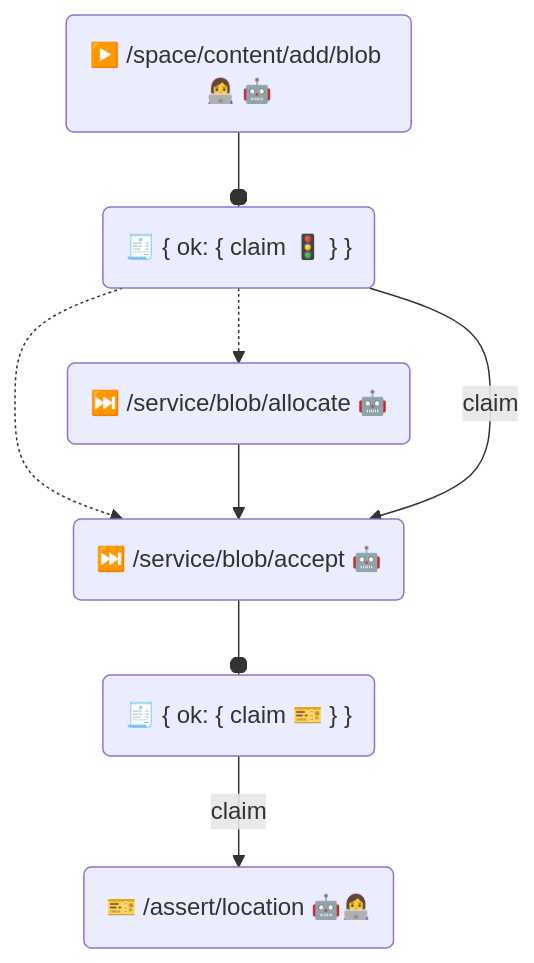
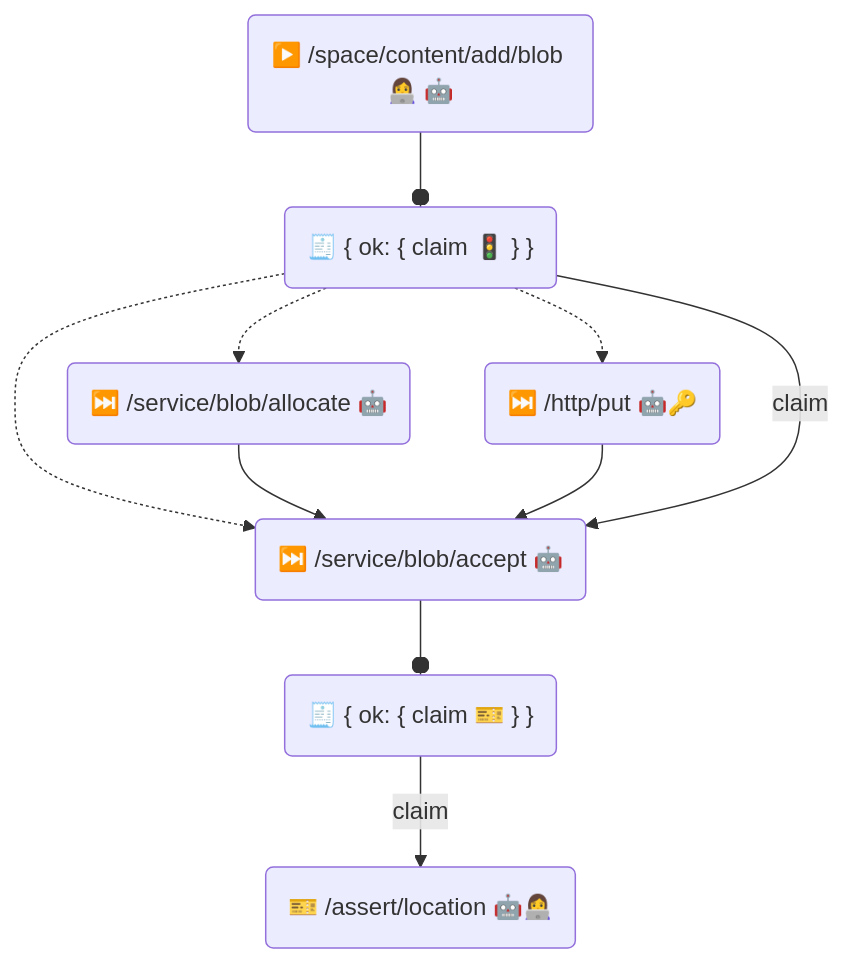
One commit to storacha/specs changed the diagram in w3-blob.md. Above: the diagram before and after it, drawn with Mermaid. The commit also changed other lines of this file and 2 other files, not shown here.

Commit message:
feat: introduce http/put capability (#116)

````diff
--- a/w3-blob.md
+++ b/w3-blob.md
@@ -56,23 +56,28 @@
 ```mermaid
 flowchart TB
 Add("▶️ /space/content/add/blob 👩‍💻 🤖")
 
 Added("🧾 { ok: { claim 🚦 } }")
 
 Allocate("⏭️ /service/blob/allocate 🤖")
+
+Put("⏭️ /http/put 🤖🔑")
 
 Accept("⏭️ /service/blob/accept 🤖")
 
 Accepted("🧾 { ok: { claim 🎫 } }")
 
 
 Claim("🎫 /assert/location 🤖👩‍💻")
 
 Add --o Added
 Added -.-> Allocate
 Added -.-> Accept
+Added -.-> Put
 Allocate --> Accept
+
+Put --> Accept
 Accept --o Accepted
 Accepted -- claim --> Claim
 Added -- claim --> Accept
 ```
````
